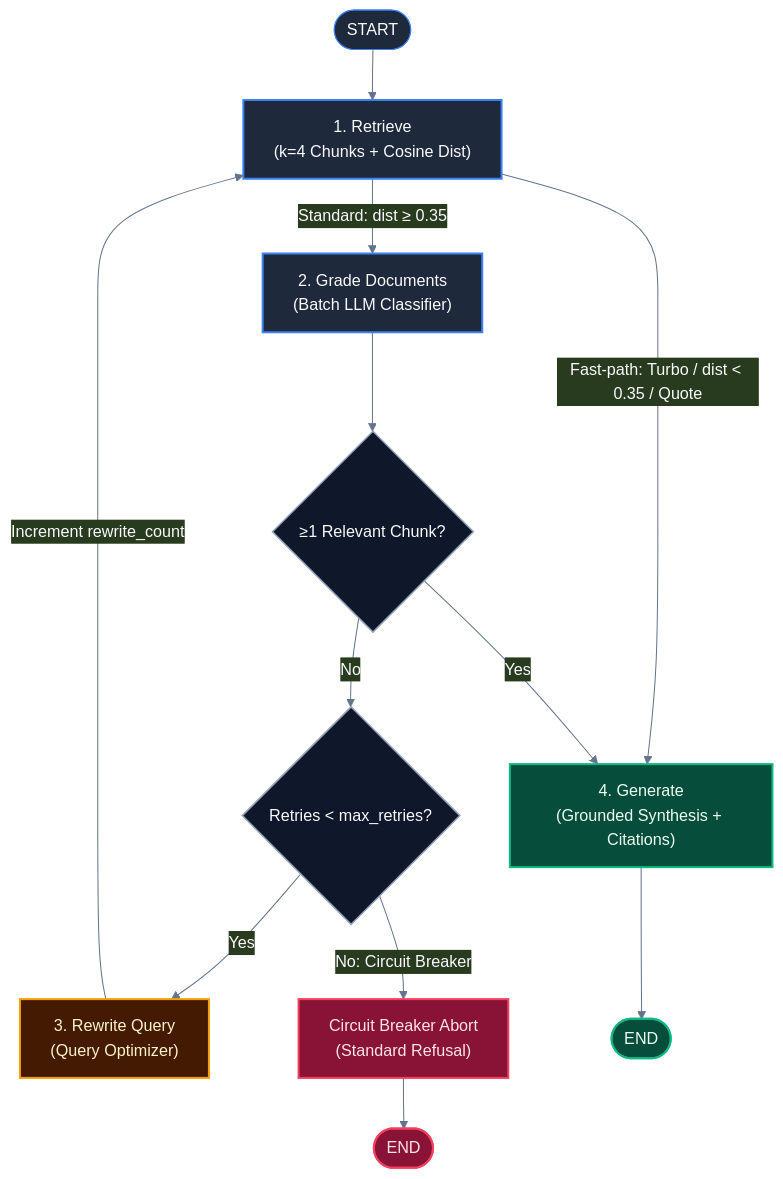
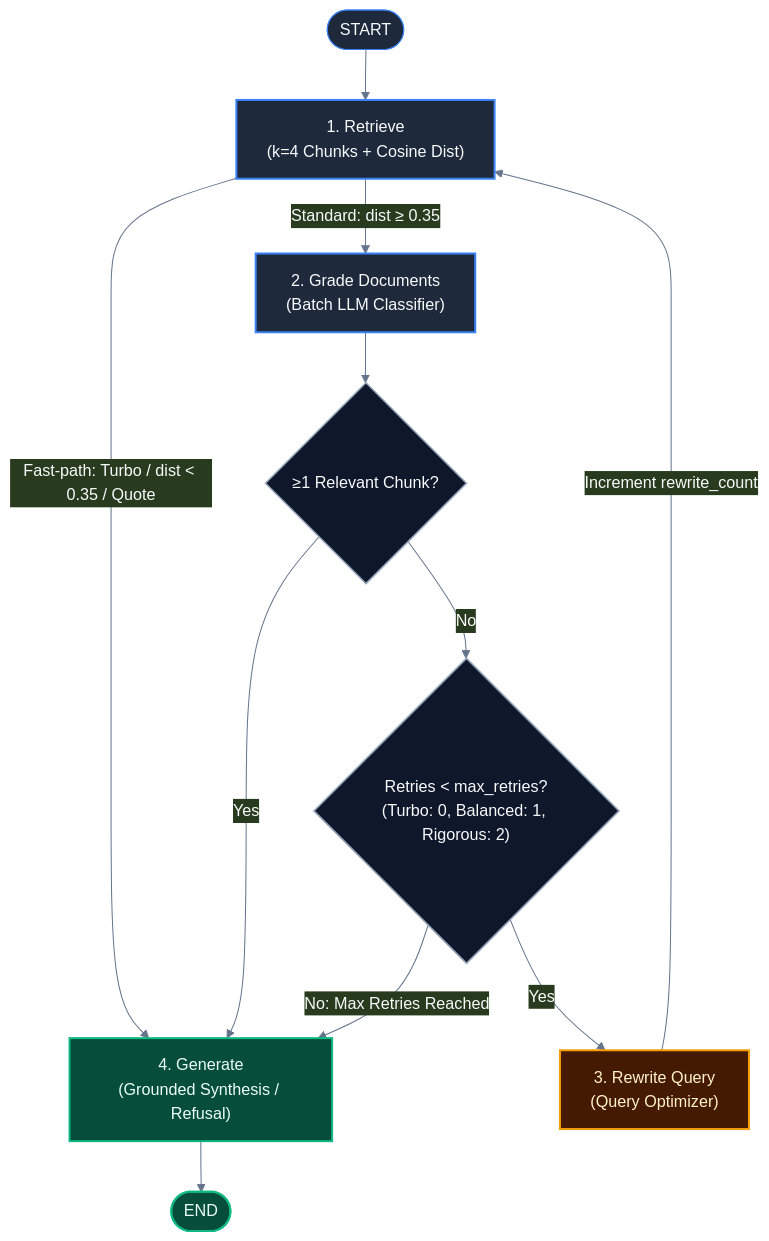
One commit to nmhiremath/PodSeek changed the second of 2 diagrams in README.md. Above: the diagram before and after it, drawn with Mermaid. The commit also changed other lines of this file and 30 other files, not shown here.

Commit message:
docs: correct overclaims, commit attributions, and diagram routing

````diff
--- a/README.md
+++ b/README.md
@@ -142,36 +173,34 @@
 ```mermaid
 ---
 config:
   theme: base
   themeVariables:
     fontFamily: "Inter, ui-sans-serif, system-ui"
     primaryColor: "#1E293B"
     primaryTextColor: "#F8FAFC"
     primaryBorderColor: "#3B82F6"
     lineColor: "#64748B"
 ---
 flowchart TD
     classDef agent fill:#1E293B,stroke:#3B82F6,stroke-width:2px,color:#F8FAFC
     classDef rewrite fill:#451A03,stroke:#F59E0B,stroke-width:2px,color:#FEF3C7
     classDef success fill:#064E3B,stroke:#10B981,stroke-width:2px,color:#ECFDF5
-    classDef refusal fill:#881337,stroke:#F43F5E,stroke-width:2px,color:#FFE4E6
     classDef router fill:#0F172A,stroke:#94A3B8,stroke-width:1.5px,color:#F8FAFC
 
     START([START]) --> retrieve["1. Retrieve<br/>(k=4 Chunks + Cosine Dist)"]:::agent
 
-    retrieve -->|Fast-path: Turbo / dist < 0.35 / Quote| generate["4. Generate<br/>(Grounded Synthesis + Citations)"]:::success
+    retrieve -->|Fast-path: Turbo / dist < 0.35 / Quote| generate["4. Generate<br/>(Grounded Synthesis / Refusal)"]:::success
     retrieve -->|Standard: dist ≥ 0.35| grade["2. Grade Documents<br/>(Batch LLM Classifier)"]:::agent
 
     grade --> checkValid{"≥1 Relevant Chunk?"}:::router
 
     checkValid -->|Yes| generate
-    checkValid -->|No| checkRetries{"Retries < max_retries?"}:::router
+    checkValid -->|No| checkRetries{"Retries < max_retries?<br/>(Turbo: 0, Balanced: 1, Rigorous: 2)"}:::router
 
     checkRetries -->|Yes| rewrite["3. Rewrite Query<br/>(Query Optimizer)"]:::rewrite
     rewrite -->|Increment rewrite_count| retrieve
 
-    checkRetries -->|No: Circuit Breaker| refuse["Circuit Breaker Abort<br/>(Standard Refusal)"]:::refusal
+    checkRetries -->|No: Max Retries Reached| generate
 
     generate --> END_OK([END]):::success
-    refuse --> END_REFUSE([END]):::refusal
 ```
````
